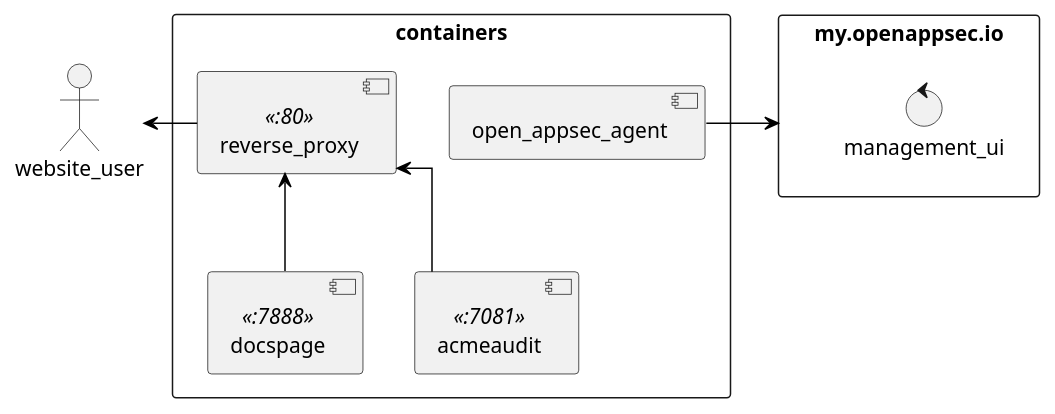
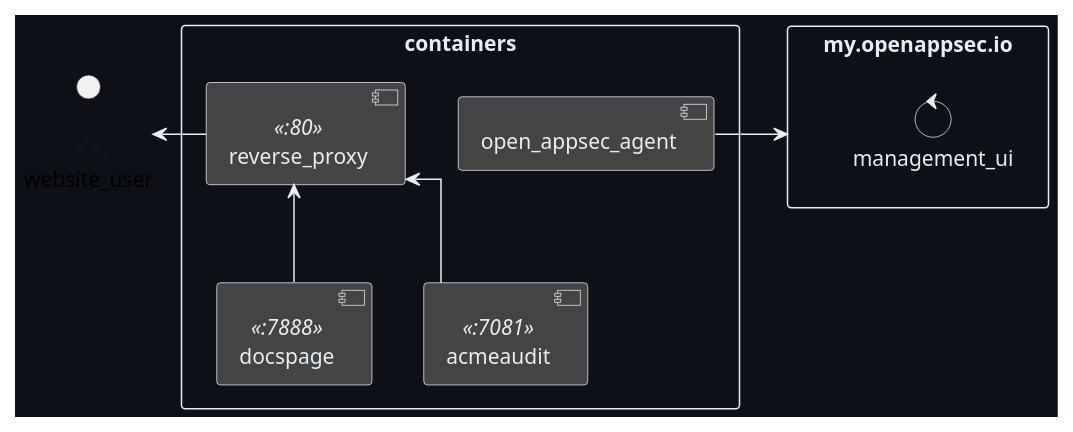
Before and after one commit to sebastian-sommerfeld-io/open-appsec-poc: the diagram in docs/modules/ROOT/assets/images/bash-docs/whitebox.puml, drawn with PlantUML.

Commit message:
changed plantuml style

```diff
--- a/docs/modules/ROOT/assets/images/bash-docs/whitebox.puml
+++ b/docs/modules/ROOT/assets/images/bash-docs/whitebox.puml
@@ -1,38 +1,67 @@
 @startuml openappsec
 
 skinparam linetype ortho
 skinparam monochrome false
 skinparam componentStyle uml2
-skinparam backgroundColor #fff
-skinparam ArrowColor black
-skinparam NoteBorderColor Grey
-skinparam NoteBackgroundColor #fdfdfd
+skinparam backgroundColor #0D1117
+skinparam ArrowColor #e6edf3
+skinparam NoteBorderColor #e6edf3
+skinparam NoteFontColor #e6edf3
+skinparam NoteBackgroundColor transparent
+skinparam ComponentBackgroundColor #444
+skinparam ComponentBorderColor #e6edf3
+skinparam ComponentFontColor #e6edf3
+skinparam DatabaseBorderColor #e6edf3
+skinparam DatabaseBackgroundColor #444
+skinparam DatabaseFontColor #e6edf3
+skinparam FileBorderColor #e6edf3
+skinparam FileFontColor #e6edf3
+skinparam ControlBorderColor #e6edf3
+skinparam ControlFontColor #e6edf3
+skinparam RectangleBackgroundColor transparent
+skinparam RectangleBorderColor #e6edf3
+skinparam RectangleFontColor #e6edf3
+skinparam ControlBackgroundColor transparent
+skinparam ControlBorderColor #e6edf3
+skinparam ControlFontColor #e6edf3
+skinparam HexagonBackgroundColor transparent
+skinparam HexagonBorderColor #e6edf3
+skinparam HexagonFontColor #e6edf3
+skinparam ArtifactBackgroundColor #444
+skinparam ArtifactBorderColor #e6edf3
+skinparam ArtifactFontColor #e6edf3
+skinparam CollectionsBackgroundColor #444
+skinparam CollectionsBorderColor #e6edf3
+skinparam CollectionsFontColor #e6edf3
+skinparam QueueBackgroundColor #444
+skinparam QueueBorderColor #e6edf3
+skinparam QueueFontColor #e6edf3
 skinparam defaultTextAlignment center
 skinparam activity {
-FontName Ubuntu
+  FontName Ubuntu
 }
 
 rectangle containers {
   component reverse_proxy <<:80>>
   component docspage <<:7888>>
 '  component juiceshop <<:7080>>
   component acmeaudit <<:7081>>
 
   component open_appsec_agent
 
   reverse_proxy -[hidden]right- open_appsec_agent
   docspage -up-> reverse_proxy
 '  juiceshop -up-> reverse_proxy
   acmeaudit -up-> reverse_proxy
 }
 
 rectangle my_openappsec_io as "my.openappsec.io" {
   control management_ui
 }
 
 actor website_user
 reverse_proxy -left-> website_user
 
 open_appsec_agent -right-> my_openappsec_io
 
 @enduml
```
